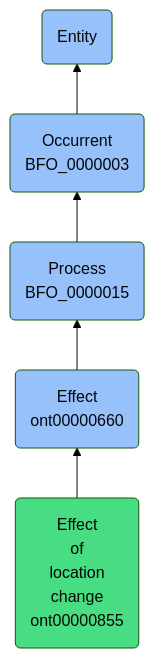
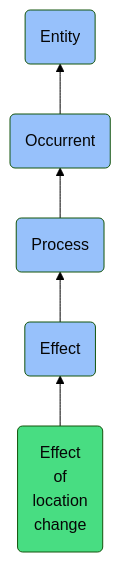
Before and after one commit to jupyter-naas/abi: the diagram in docs/ontology/reference/model/Entity/Occurrent/Process/Effect/Effect of location change/Effect of location change.md, drawn with Mermaid (forest theme). The commit also changed other lines of this file and 1430 other files, not shown here.

````diff
--- a/docs/ontology/reference/model/Entity/Occurrent/Process/Effect/Effect of location change/Effect of location change.md
+++ b/docs/ontology/reference/model/Entity/Occurrent/Process/Effect/Effect of location change/Effect of location change.md
@@ -24,12 +24,12 @@
 ```mermaid
 graph BT
-    ont00000855(Effect<br>of<br>location<br>change<br>ont00000855):::ABI-->ont00000660
-    ont00000660(Effect<br>ont00000660):::BFO-->BFO_0000015
-    BFO_0000015(Process<br>BFO_0000015):::BFO-->BFO_0000003
-    BFO_0000003(Occurrent<br>BFO_0000003):::BFO-->BFO_0000001
+    ont00000855(Effect<br>of<br>location<br>change):::ABI-->ont00000660
+    ont00000660(Effect):::BFO-->BFO_0000015
+    BFO_0000015(Process):::BFO-->BFO_0000003
+    BFO_0000003(Occurrent):::BFO-->BFO_0000001
     BFO_0000001(Entity):::BFO
     
     classDef BFO fill:#97c1fb,color:#060606
     classDef CCO fill:#e4c51e,color:#060606
     classDef ABI fill:#48DD82,color:#060606
 ```
````
